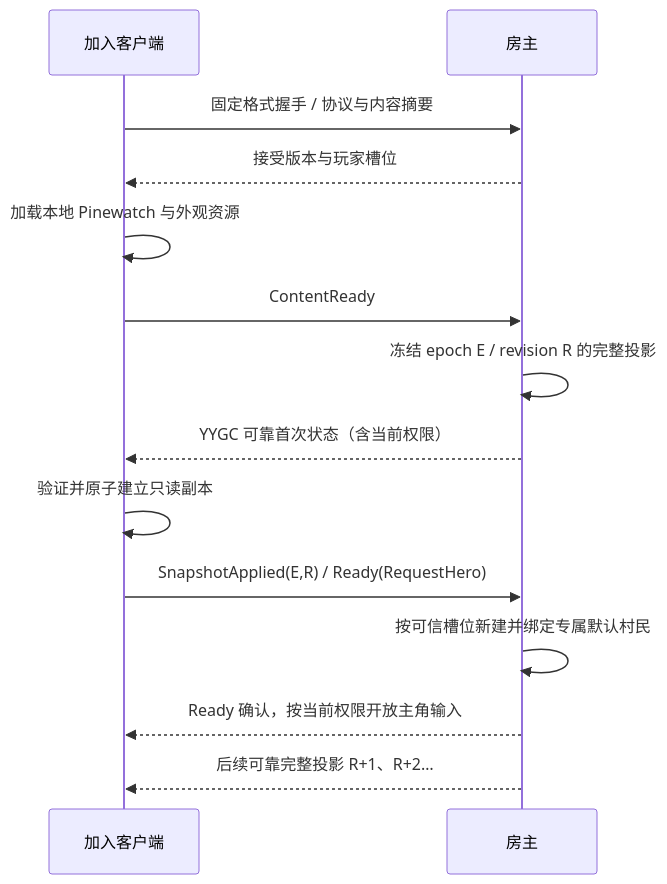
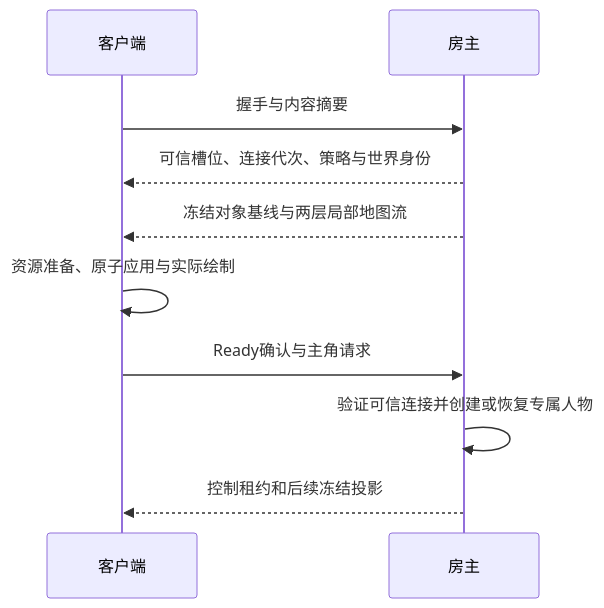
The diagram in docs/MULTIPLAYER.md (surgame/dark-night-unity), drawn with Mermaid before and after one commit. The commit also changed other lines of this file and 49 other files, not shown here.

````diff
--- a/docs/MULTIPLAYER.md
+++ b/docs/MULTIPLAYER.md
@@ -115,16 +69,12 @@
 ```mermaid
 sequenceDiagram
-    participant C as 加入客户端
+    participant C as 客户端
     participant H as 房主
-    C->>H: 固定格式握手 / 协议与内容摘要
-    H-->>C: 接受版本与玩家槽位
-    C->>C: 加载本地 Pinewatch 与外观资源
-    C->>H: ContentReady
-    H->>H: 冻结 epoch E / revision R 的完整投影
-    H-->>C: YYGC 可靠首次状态（含当前权限）
-    C->>C: 验证并原子建立只读副本
-    C->>H: SnapshotApplied(E,R) / Ready(RequestHero)
-    H->>H: 按可信槽位新建并绑定专属默认村民
-    H-->>C: Ready 确认，按当前权限开放主角输入
-    H-->>C: 后续可靠完整投影 R+1、R+2…
+    C->>H: 握手与内容摘要
+    H-->>C: 可信槽位、连接代次、策略与世界身份
+    H-->>C: 冻结对象基线与两层局部地图流
+    C->>C: 资源准备、原子应用与实际绘制
+    C->>H: Ready确认与主角请求
+    H->>H: 验证可信连接并创建或恢复专属人物
+    H-->>C: 控制租约和后续冻结投影
 ```
````
